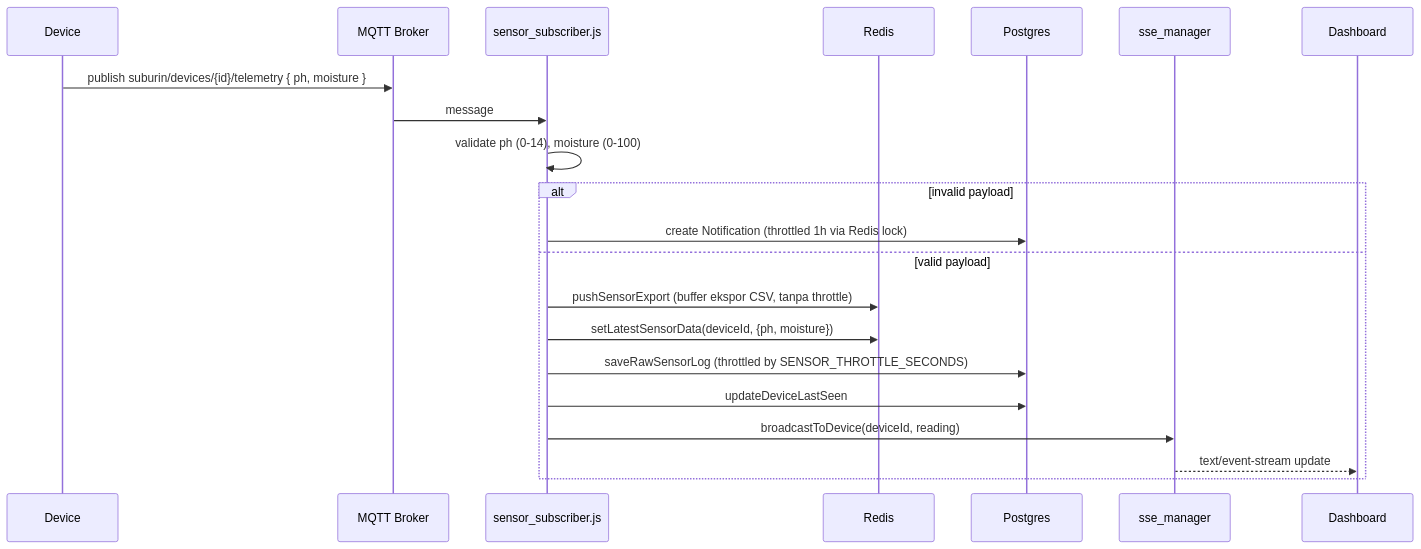
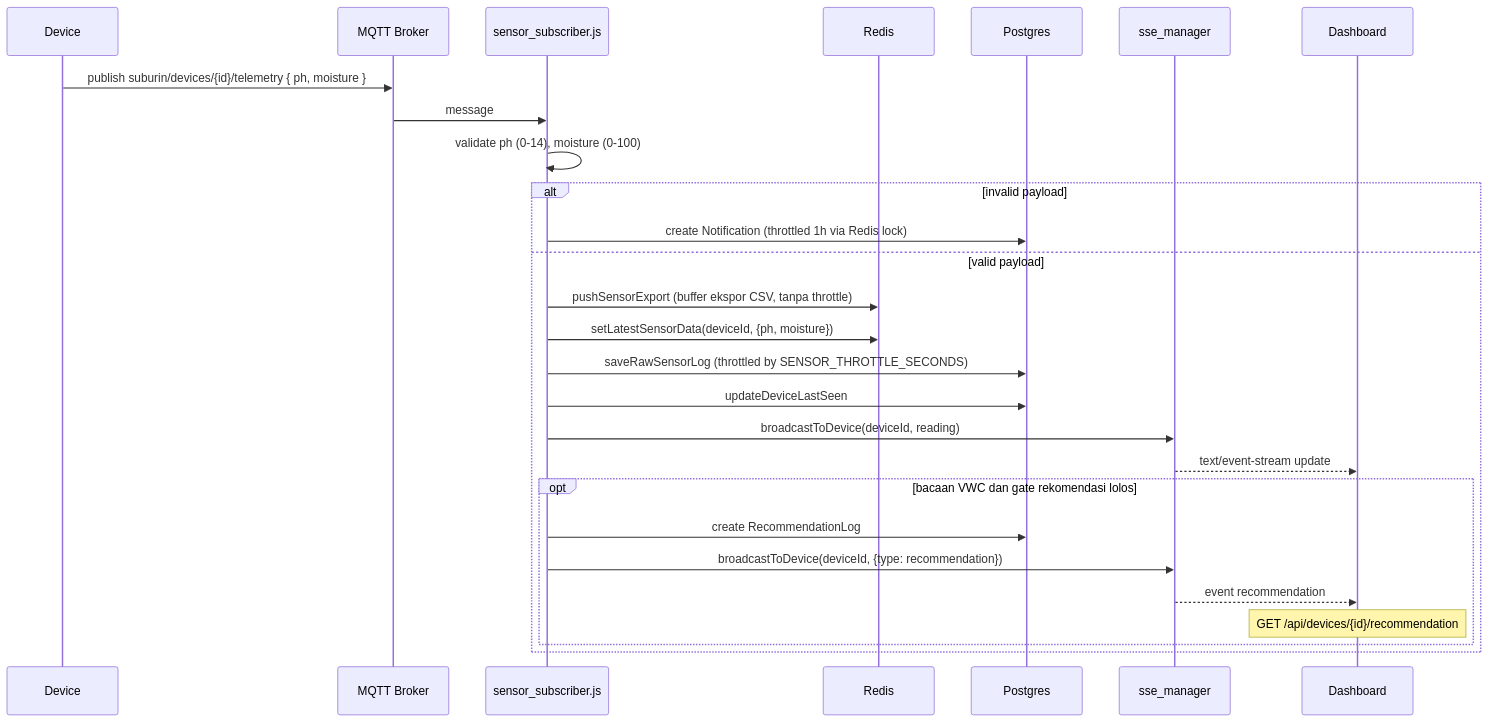
Before and after one commit to Capstone2026-E04/Subur.in: the fifth of 7 diagrams in docs/architecture/api-flow.md, drawn with Mermaid. The commit also changed other lines of this file and 7 other files, not shown here.

First line of the commit message:
fix(dashboard): ambil ulang rekomendasi setelah log tersimpan

````diff
--- a/docs/architecture/api-flow.md
+++ b/docs/architecture/api-flow.md
@@ -102,24 +102,30 @@
 ```mermaid
 sequenceDiagram
     participant Device
     participant Broker as MQTT Broker
     participant Subscriber as sensor_subscriber.js
     participant Redis
     participant Postgres
     participant SSE as sse_manager
     participant Dashboard
 
     Device->>Broker: publish suburin/devices/{id}/telemetry { ph, moisture }
     Broker->>Subscriber: message
     Subscriber->>Subscriber: validate ph (0-14), moisture (0-100)
     alt invalid payload
         Subscriber->>Postgres: create Notification (throttled 1h via Redis lock)
     else valid payload
         Subscriber->>Redis: pushSensorExport (buffer ekspor CSV, tanpa throttle)
         Subscriber->>Redis: setLatestSensorData(deviceId, {ph, moisture})
         Subscriber->>Postgres: saveRawSensorLog (throttled by SENSOR_THROTTLE_SECONDS)
         Subscriber->>Postgres: updateDeviceLastSeen
         Subscriber->>SSE: broadcastToDevice(deviceId, reading)
         SSE-->>Dashboard: text/event-stream update
+        opt bacaan VWC dan gate rekomendasi lolos
+            Subscriber->>Postgres: create RecommendationLog
+            Subscriber->>SSE: broadcastToDevice(deviceId, {type: recommendation})
+            SSE-->>Dashboard: event recommendation
+            Note over Dashboard: GET /api/devices/{id}/recommendation
+        end
     end
 ```
````
